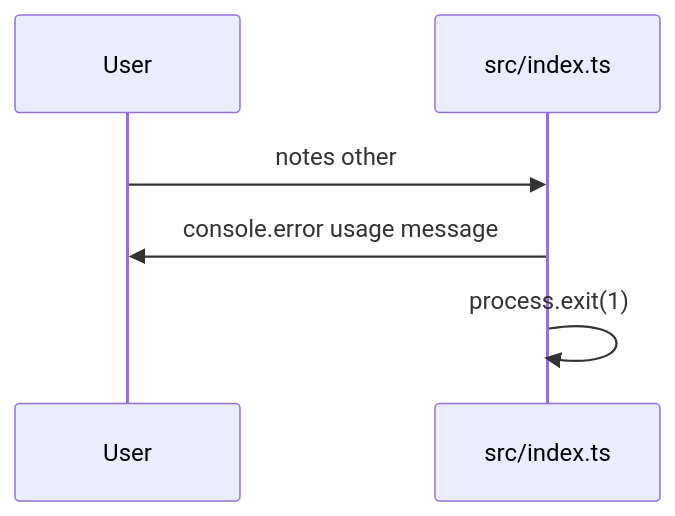
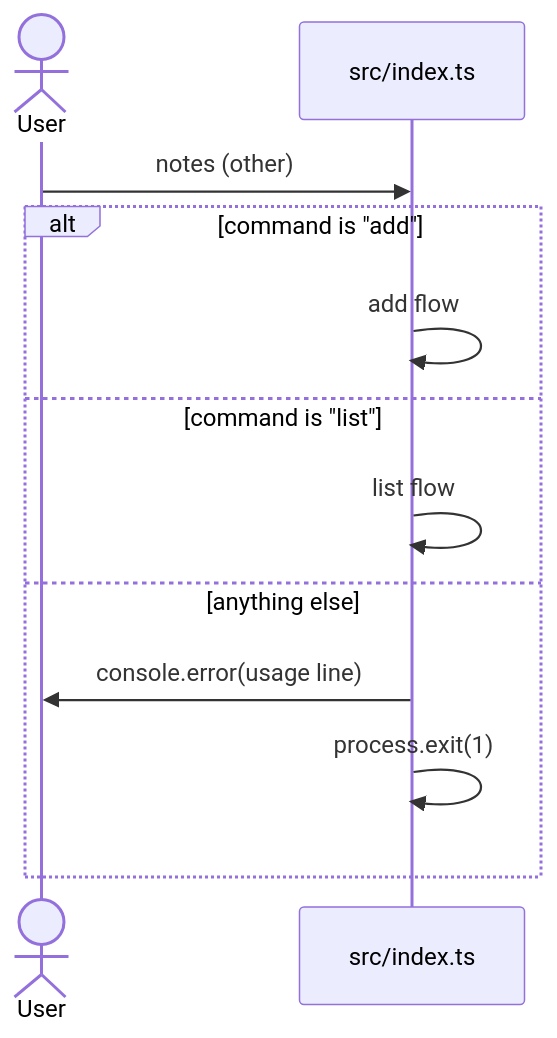
One commit to hxxnn/codemap changed the third of 3 diagrams in examples/ts-notes-cli/docs/codemap/sequence-flow.md. Above: the diagram before and after it, drawn with Mermaid. The commit also changed other lines of this file and 35 other files, not shown here.

````diff
--- a/examples/ts-notes-cli/docs/codemap/sequence-flow.md
+++ b/examples/ts-notes-cli/docs/codemap/sequence-flow.md
@@ -74,8 +66,14 @@
 ```mermaid
 sequenceDiagram
-  participant U as User
+  actor U as User
   participant I as src/index.ts
-  U->>I: notes other
-  I->>U: console.error usage message
-  I->>I: process.exit(1)
+  U->>I: notes (other)
+  alt command is "add"
+    I->>I: add flow
+  else command is "list"
+    I->>I: list flow
+  else anything else
+    I->>U: console.error(usage line)
+    I->>I: process.exit(1)
+  end
 ```
````
